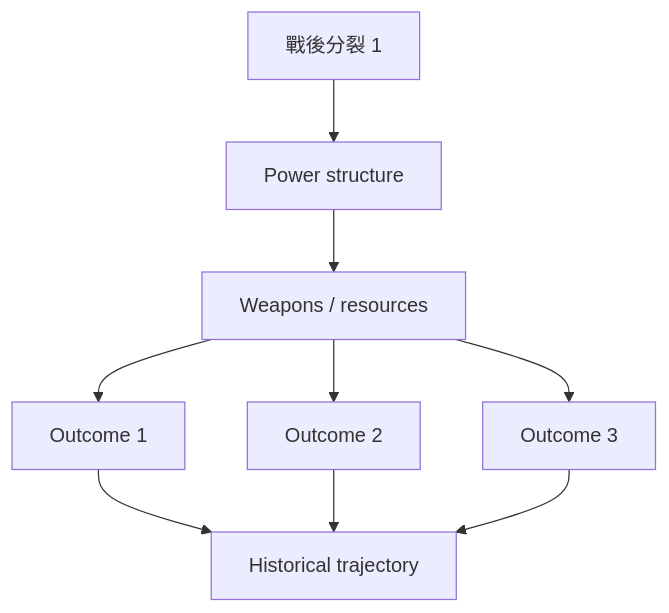
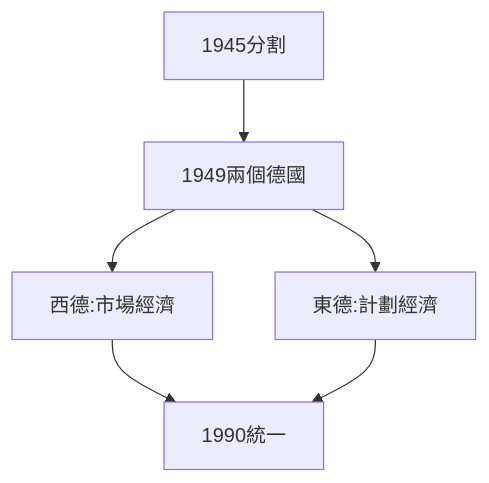
One commit to yip-lgtm/HKU-Harvard-History-Self-Study changed the fifth of 10 diagrams in 02_Harvard_Courses/Fall_Courses/Hist44_Germany_1848_1949.md. Above: the diagram before and after it, drawn with Mermaid. The commit also changed other lines of this file and 65 other files, not shown here.

````diff
--- a/02_Harvard_Courses/Fall_Courses/Hist44_Germany_1848_1949.md
+++ b/02_Harvard_Courses/Fall_Courses/Hist44_Germany_1848_1949.md
@@ -263,11 +195,8 @@
 ```mermaid
 graph TD
-    A[戰後分裂 1] --> B[Power structure]
-    B --> C[Weapons / resources]
-    C --> D[Outcome 1]
-    C --> E[Outcome 2]
-    C --> F[Outcome 3]
-    D --> G[Historical trajectory]
-    E --> G
-    F --> G
+    A[1945分割] --> B[1949兩個德國]
+    B --> C[西德:市場經濟]
+    B --> D[東德:計劃經濟]
+    C --> E[1990統一]
+    D --> E
 ```
````
